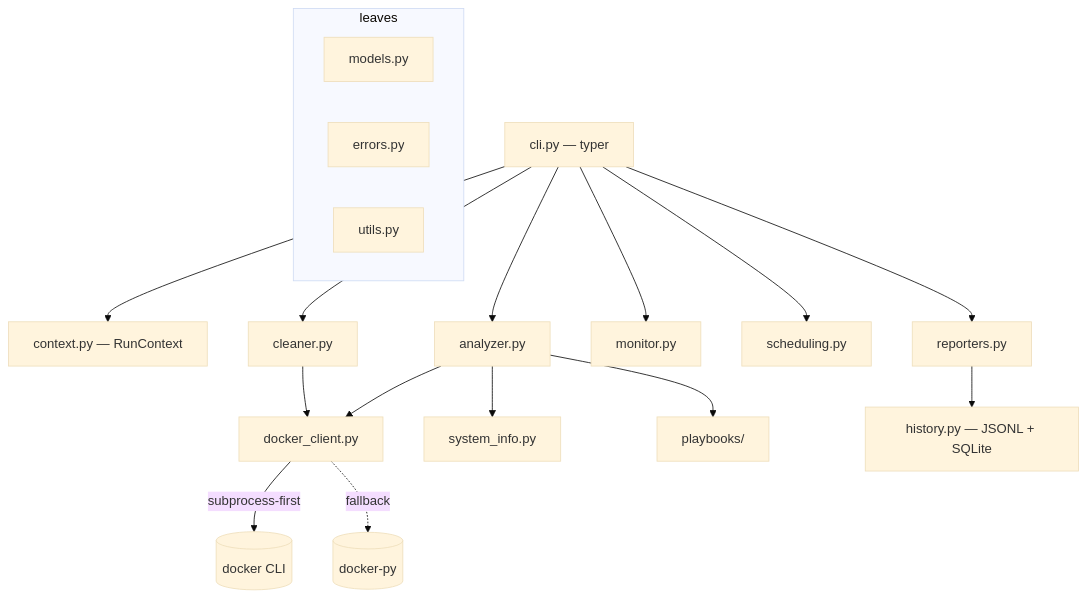
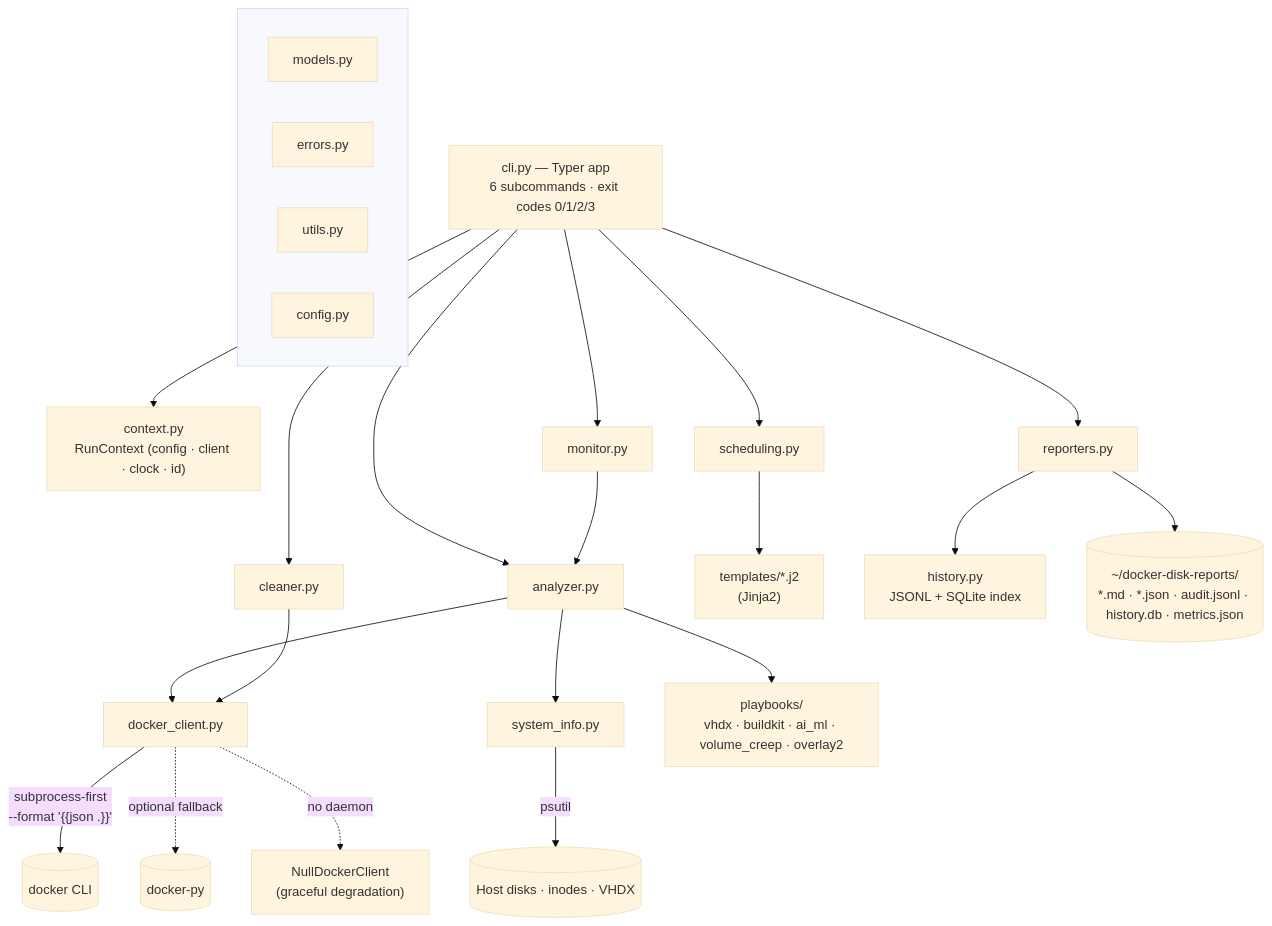
The diagram in README.md (AN3S-CREATE/Docker-Space-Analyzer-Reclaimer-CLI), drawn with Mermaid (base theme) before and after one commit. The commit also changed other lines of this file and 6 other files, not shown here.

````diff
--- a/README.md
+++ b/README.md
@@ -121,19 +41,27 @@
 ```mermaid
 flowchart TD
-    CLI[cli.py — typer] --> CTX[context.py — RunContext]
+    CLI["cli.py — Typer app<br/>6 subcommands · exit codes 0/1/2/3"] --> CTX["context.py<br/>RunContext (config · client · clock · id)"]
     CLI --> ANA[analyzer.py]
     CLI --> CLN[cleaner.py]
     CLI --> MON[monitor.py]
     CLI --> SCH[scheduling.py]
     CLI --> REP[reporters.py]
+
     ANA --> DC[docker_client.py]
     ANA --> SI[system_info.py]
-    ANA --> PB[playbooks/]
+    ANA --> PB["playbooks/<br/>vhdx · buildkit · ai_ml · volume_creep · overlay2"]
     CLN --> DC
-    REP --> HIST[history.py — JSONL + SQLite]
-    DC -->|subprocess-first| DOCKER[(docker CLI)]
-    DC -. fallback .-> SDK[(docker-py)]
-    subgraph leaves
-      MOD[models.py] ; ERR[errors.py] ; UTL[utils.py]
+    MON --> ANA
+    SCH --> TPL["templates/*.j2<br/>(Jinja2)"]
+    REP --> HIST["history.py<br/>JSONL + SQLite index"]
+
+    DC -->|"subprocess-first<br/>--format '{{json .}}'"| DOCKER[("docker CLI")]
+    DC -. optional fallback .-> SDK[("docker-py")]
+    DC -. no daemon .-> NULL["NullDockerClient<br/>(graceful degradation)"]
+    SI -->|psutil| HOST[("Host disks · inodes · VHDX")]
+    REP --> FS[("~/docker-disk-reports/<br/>*.md · *.json · audit.jsonl · history.db · metrics.json")]
+
+    subgraph leaves [" "]
+      MOD[models.py] & ERR[errors.py] & UTL[utils.py] & CFG[config.py]
     end
 ```
````
